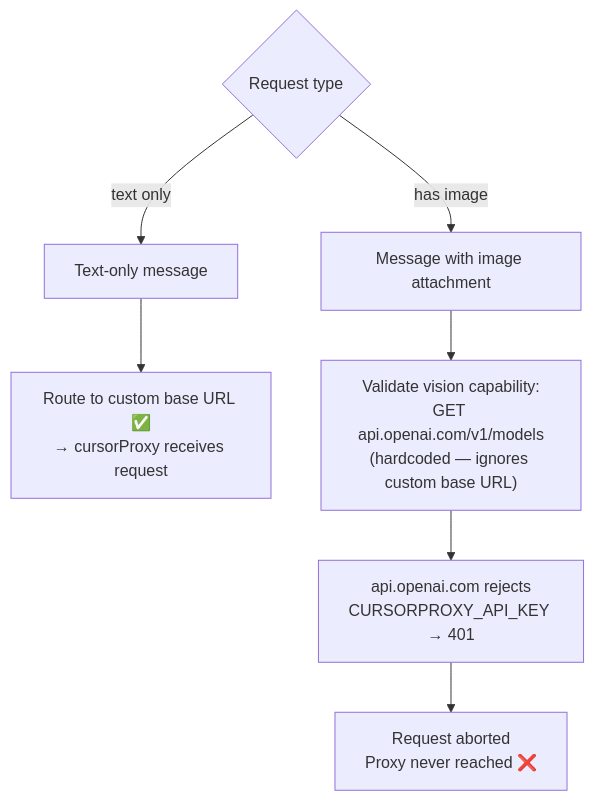
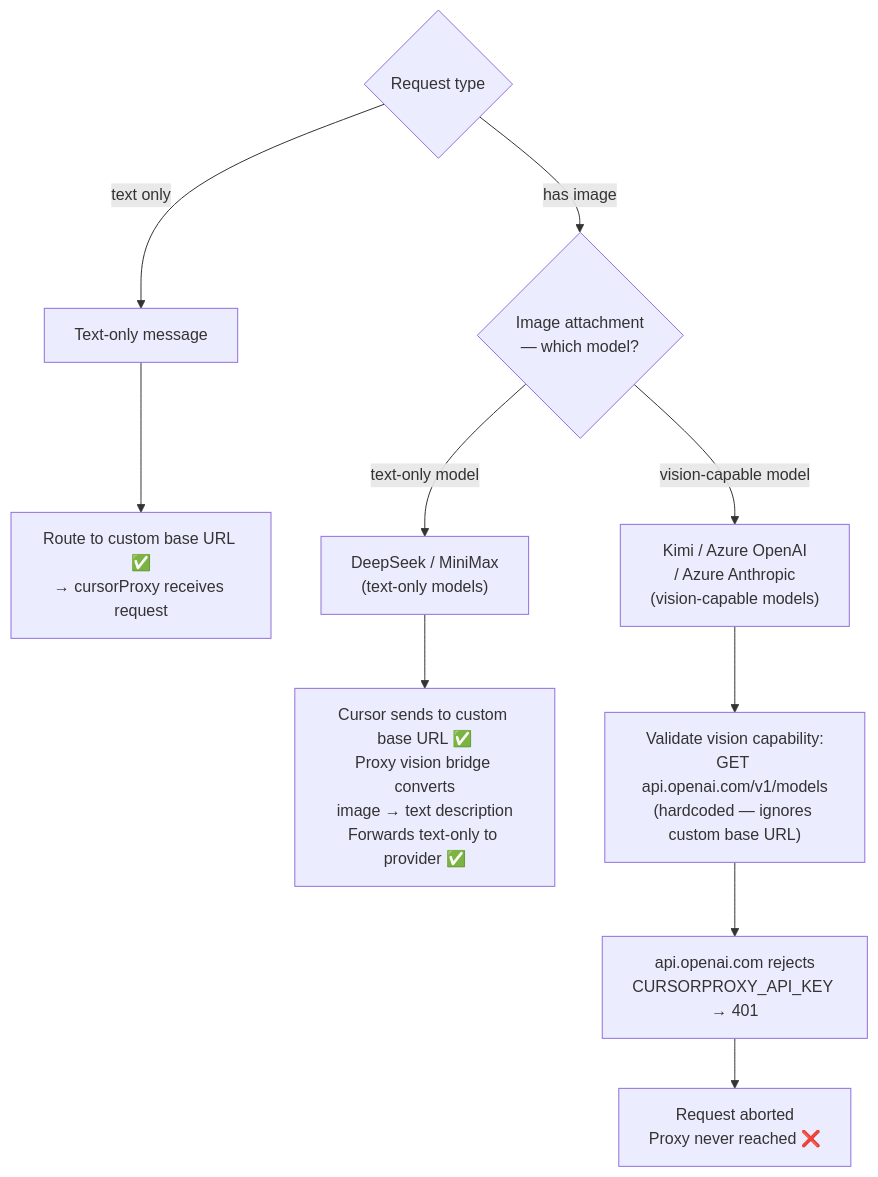
One commit to lqdflying/cursorProxy changed the third of 3 diagrams in doc/known-issues.md. Above: the diagram before and after it, drawn with Mermaid. The commit also changed other lines of this file, not shown here.

First line of the commit message:
docs: fix vision bug impact table — DeepSeek/MiniMax not affected

````diff
--- a/doc/known-issues.md
+++ b/doc/known-issues.md
@@ -138,13 +138,21 @@
 ```mermaid
 flowchart TD
     MSG{"Request type"}
     TEXT["Text-only message"]
     TEXT_PATH["Route to custom base URL ✅\n→ cursorProxy receives request"]
-    IMG["Message with image attachment"]
+
+    IMG{"Image attachment\n— which model?"}
+
+    DS_MM["DeepSeek / MiniMax\n(text-only models)"]
+    DS_PATH["Cursor sends to custom base URL ✅\nProxy vision bridge converts\nimage → text description\nForwards text-only to provider ✅"]
+
+    VIS_MODEL["Kimi / Azure OpenAI\n/ Azure Anthropic\n(vision-capable models)"]
     IMG_VAL["Validate vision capability:\nGET api.openai.com/v1/models\n(hardcoded — ignores custom base URL)"]
     IMG_FAIL["api.openai.com rejects\nCURSORPROXY_API_KEY → 401"]
     IMG_ABORT["Request aborted\nProxy never reached ❌"]
 
     MSG -->|text only| TEXT --> TEXT_PATH
-    MSG -->|has image| IMG --> IMG_VAL --> IMG_FAIL --> IMG_ABORT
+    MSG -->|has image| IMG
+    IMG -->|text-only model| DS_MM --> DS_PATH
+    IMG -->|vision-capable model| VIS_MODEL --> IMG_VAL --> IMG_FAIL --> IMG_ABORT
 ```
````
